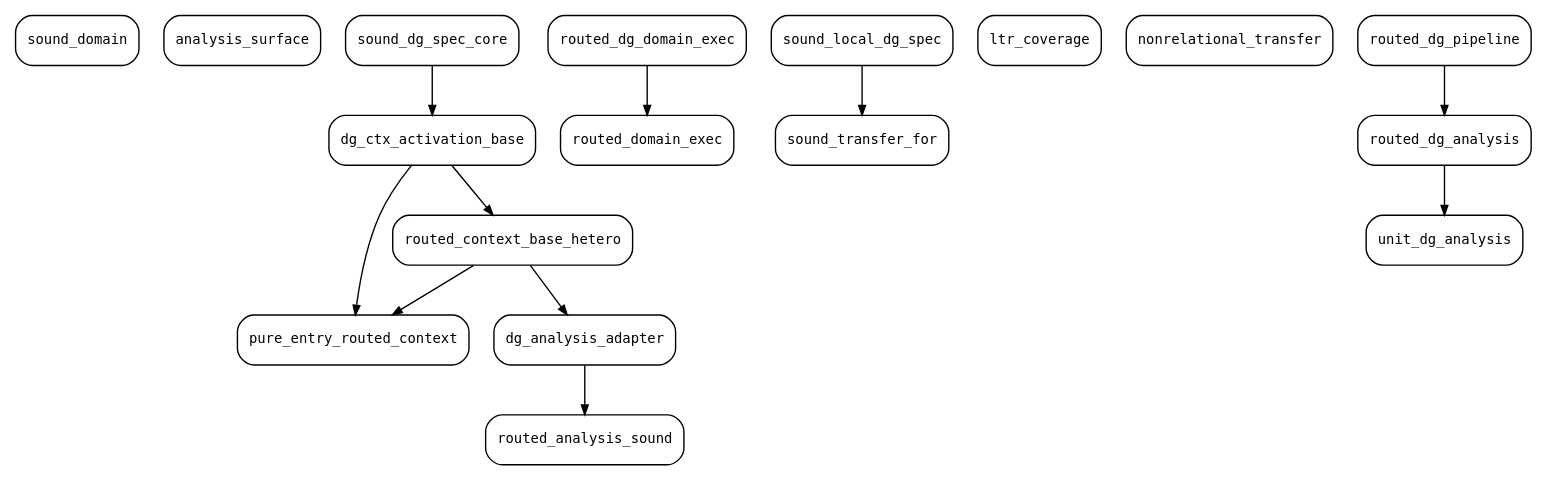
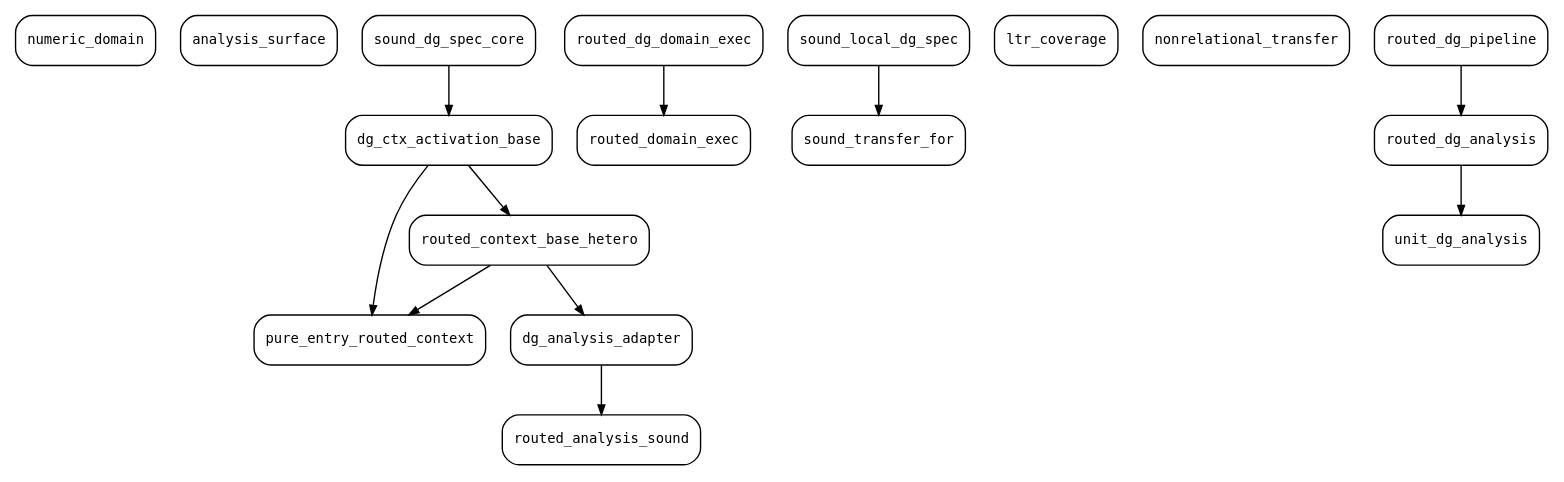
Before and after one commit to ManuelLerchner/Voblint-Verification-Master-Thesis: the diagram in thesis/shared/dot/locale_deps.dot, drawn with Graphviz. The commit also changed 51 other files, not shown here.

First line of the commit message:
refactor(domain): rename sound_domain to numeric_domain

```diff
--- a/thesis/shared/dot/locale_deps.dot
+++ b/thesis/shared/dot/locale_deps.dot
@@ -1,31 +1,31 @@
 digraph locales {
   rankdir=TB;
   edge [arrowsize=0.7];
-  "sound_domain" [shape=box, style=rounded, fontname="DejaVu Sans Mono", fontsize=10];
+  "numeric_domain" [shape=box, style=rounded, fontname="DejaVu Sans Mono", fontsize=10];
   "analysis_surface" [shape=box, style=rounded, fontname="DejaVu Sans Mono", fontsize=10];
   "dg_analysis_adapter" [shape=box, style=rounded, fontname="DejaVu Sans Mono", fontsize=10];
   "dg_ctx_activation_base" [shape=box, style=rounded, fontname="DejaVu Sans Mono", fontsize=10];
   "routed_dg_domain_exec" [shape=box, style=rounded, fontname="DejaVu Sans Mono", fontsize=10];
   "sound_transfer_for" [shape=box, style=rounded, fontname="DejaVu Sans Mono", fontsize=10];
   "sound_dg_spec_core" [shape=box, style=rounded, fontname="DejaVu Sans Mono", fontsize=10];
   "sound_local_dg_spec" [shape=box, style=rounded, fontname="DejaVu Sans Mono", fontsize=10];
   "pure_entry_routed_context" [shape=box, style=rounded, fontname="DejaVu Sans Mono", fontsize=10];
   "ltr_coverage" [shape=box, style=rounded, fontname="DejaVu Sans Mono", fontsize=10];
   "nonrelational_transfer" [shape=box, style=rounded, fontname="DejaVu Sans Mono", fontsize=10];
   "routed_analysis_sound" [shape=box, style=rounded, fontname="DejaVu Sans Mono", fontsize=10];
   "routed_context_base_hetero" [shape=box, style=rounded, fontname="DejaVu Sans Mono", fontsize=10];
   "routed_dg_analysis" [shape=box, style=rounded, fontname="DejaVu Sans Mono", fontsize=10];
   "routed_dg_pipeline" [shape=box, style=rounded, fontname="DejaVu Sans Mono", fontsize=10];
   "routed_domain_exec" [shape=box, style=rounded, fontname="DejaVu Sans Mono", fontsize=10];
   "unit_dg_analysis" [shape=box, style=rounded, fontname="DejaVu Sans Mono", fontsize=10];
   "routed_context_base_hetero" -> "dg_analysis_adapter";
   "sound_dg_spec_core" -> "dg_ctx_activation_base";
   "sound_local_dg_spec" -> "sound_transfer_for";
   "routed_context_base_hetero" -> "pure_entry_routed_context";
   "dg_ctx_activation_base" -> "pure_entry_routed_context";
   "dg_analysis_adapter" -> "routed_analysis_sound";
   "dg_ctx_activation_base" -> "routed_context_base_hetero";
   "routed_dg_pipeline" -> "routed_dg_analysis";
   "routed_dg_domain_exec" -> "routed_domain_exec";
   "routed_dg_analysis" -> "unit_dg_analysis";
 }
```
